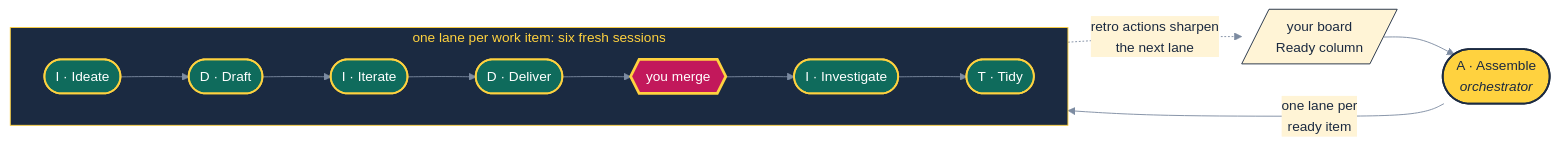
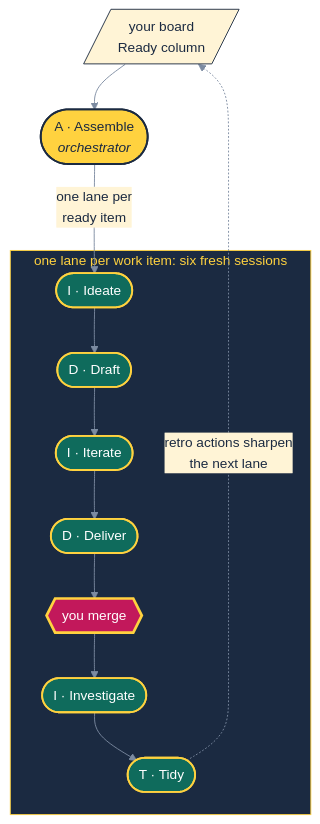
One commit to RubberDuckEngineering/ai-did-it changed the diagram in README.md. Above: the diagram before and after it, drawn with Mermaid. The commit also changed 16 other files, not shown here.

````diff
--- a/README.md
+++ b/README.md
@@ -23,17 +23,16 @@
 ```mermaid
-%%{init: {"theme": "base", "themeVariables": {"fontSize": "15px", "primaryColor": "#FFF4D6", "primaryTextColor": "#1B2A41", "primaryBorderColor": "#1B2A41", "textColor": "#1B2A41", "lineColor": "#7C8BA1", "edgeLabelBackground": "#FFF4D6", "clusterBkg": "#1B2A41", "clusterBorder": "#FFD23F", "titleColor": "#FFD23F"}}}%%
-flowchart LR
+%%{init: {"theme": "base", "themeVariables": {"fontSize": "15px", "primaryColor": "#FFF4D6", "primaryTextColor": "#1B2A41", "primaryBorderColor": "#1B2A41", "textColor": "#1B2A41", "lineColor": "#7C8BA1", "edgeLabelBackground": "#FFF4D6", "clusterBkg": "#1B2A41", "clusterBorder": "#FFD23F", "titleColor": "#FFD23F"}, "flowchart": {"diagramPadding": 8}}}%%
+flowchart TB
     BOARD[/"your board<br/>Ready column"/]:::note --> A(["A · Assemble<br/><i>orchestrator</i>"]):::duck
     subgraph LANE["one lane per work item: six fresh sessions"]
-        direction LR
         I1(["I · Ideate"]):::link --> D1(["D · Draft"]):::link --> I2(["I · Iterate"]):::link --> D2(["D · Deliver"]):::link
         D2 --> M{{"you merge"}}:::human
         M --> I3(["I · Investigate"]):::link --> T(["T · Tidy"]):::link
     end
     A -->|"one lane per<br/>ready item"| I1
     T -.->|"retro actions sharpen<br/>the next lane"| BOARD
     classDef duck fill:#FFD23F,color:#1B2A41,stroke:#1B2A41,stroke-width:2px
     classDef link fill:#0F6B5C,color:#FFFFFF,stroke:#FFD23F,stroke-width:2px
     classDef human fill:#C2185B,color:#FFFFFF,stroke:#FFD23F,stroke-width:3px
     classDef note fill:#FFF4D6,color:#1B2A41,stroke:#1B2A41,stroke-width:1px
 ```
````
